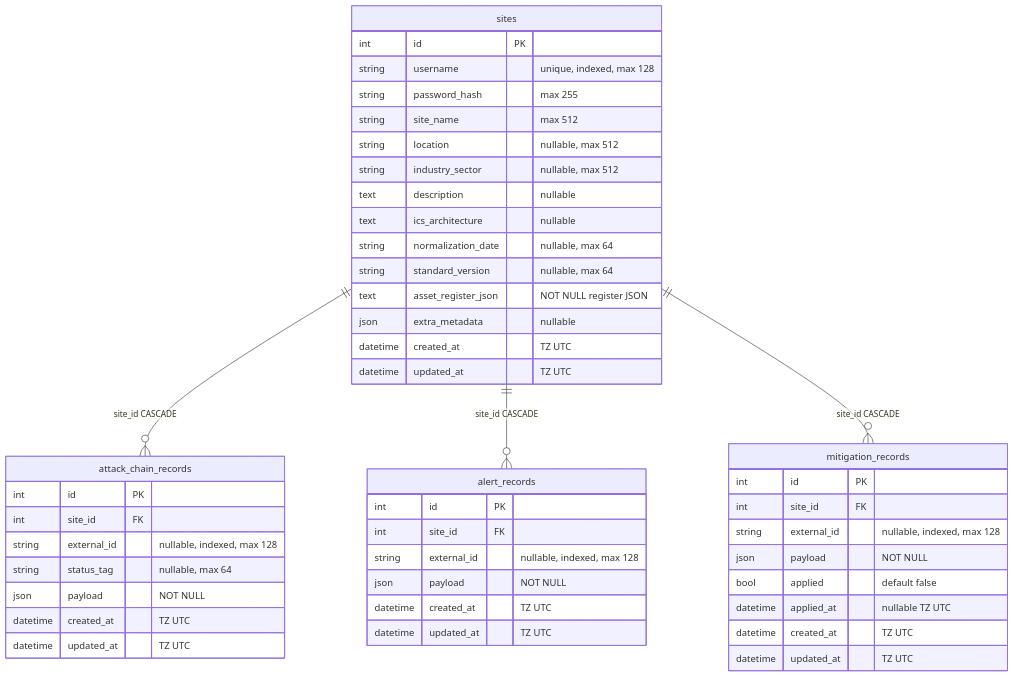
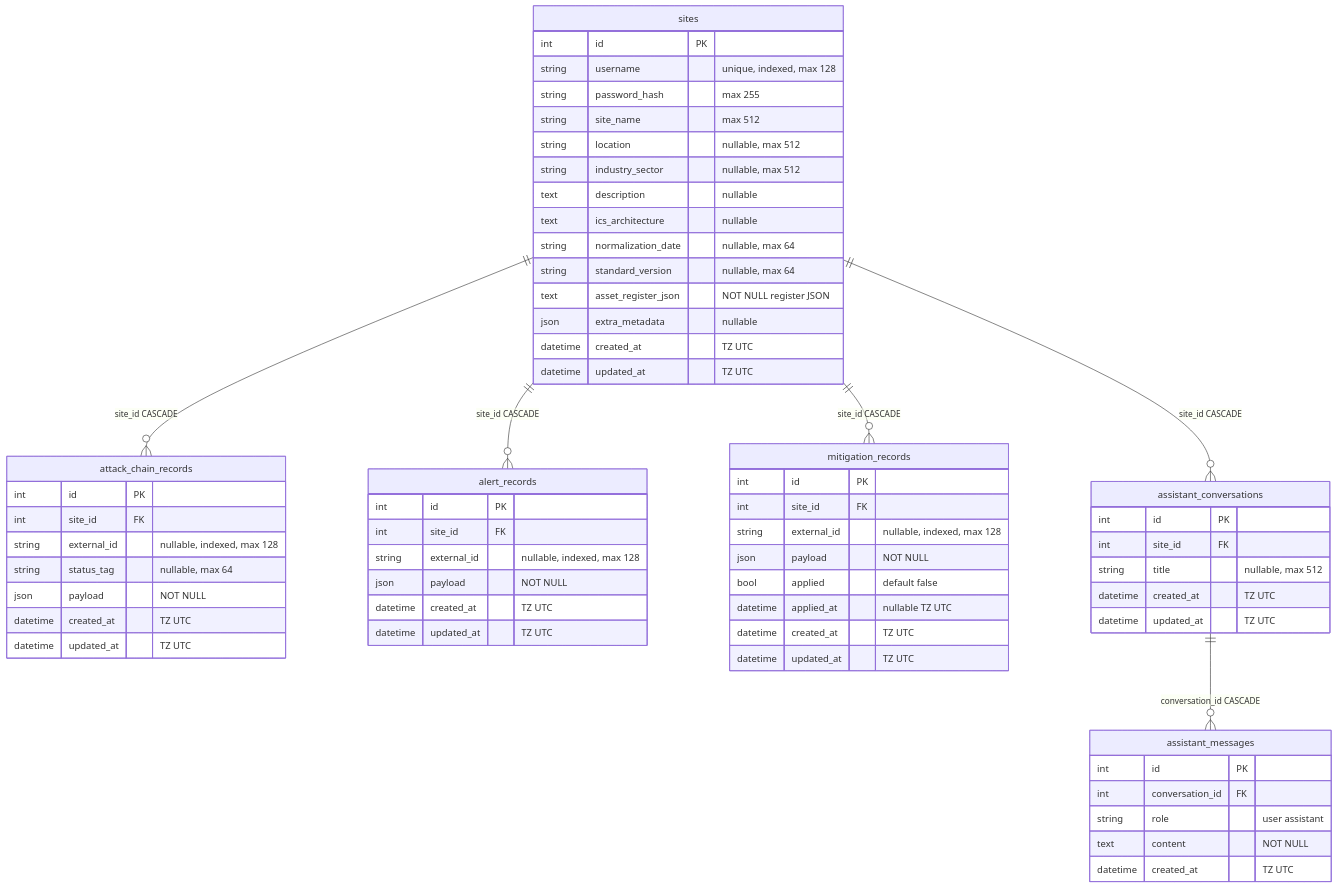
One commit to Imeneallouche/AegisRec changed the second of 4 diagrams in README.md. Above: the diagram before and after it, drawn with Mermaid. The commit also changed other lines of this file and 12 other files, not shown here.

````diff
--- a/README.md
+++ b/README.md
@@ -198,53 +212,71 @@
 ```mermaid
 erDiagram
   sites ||--o{ attack_chain_records : "site_id CASCADE"
   sites ||--o{ alert_records : "site_id CASCADE"
   sites ||--o{ mitigation_records : "site_id CASCADE"
+  sites ||--o{ assistant_conversations : "site_id CASCADE"
+  assistant_conversations ||--o{ assistant_messages : "conversation_id CASCADE"
 
   sites {
     int id PK
     string username "unique, indexed, max 128"
     string password_hash "max 255"
     string site_name "max 512"
     string location "nullable, max 512"
     string industry_sector "nullable, max 512"
     text description "nullable"
     text ics_architecture "nullable"
     string normalization_date "nullable, max 64"
     string standard_version "nullable, max 64"
     text asset_register_json "NOT NULL register JSON"
     json extra_metadata "nullable"
     datetime created_at "TZ UTC"
     datetime updated_at "TZ UTC"
   }
 
   attack_chain_records {
     int id PK
     int site_id FK
     string external_id "nullable, indexed, max 128"
     string status_tag "nullable, max 64"
     json payload "NOT NULL"
     datetime created_at "TZ UTC"
     datetime updated_at "TZ UTC"
   }
 
   alert_records {
     int id PK
     int site_id FK
     string external_id "nullable, indexed, max 128"
     json payload "NOT NULL"
     datetime created_at "TZ UTC"
     datetime updated_at "TZ UTC"
   }
 
   mitigation_records {
     int id PK
     int site_id FK
     string external_id "nullable, indexed, max 128"
     json payload "NOT NULL"
     bool applied "default false"
     datetime applied_at "nullable TZ UTC"
     datetime created_at "TZ UTC"
     datetime updated_at "TZ UTC"
   }
+
+  assistant_conversations {
+    int id PK
+    int site_id FK
+    string title "nullable, max 512"
+    datetime created_at "TZ UTC"
+    datetime updated_at "TZ UTC"
+  }
+
+  assistant_messages {
+    int id PK
+    int conversation_id FK
+    string role "user assistant"
+    text content "NOT NULL"
+    datetime created_at "TZ UTC"
+  }
 ```
````
